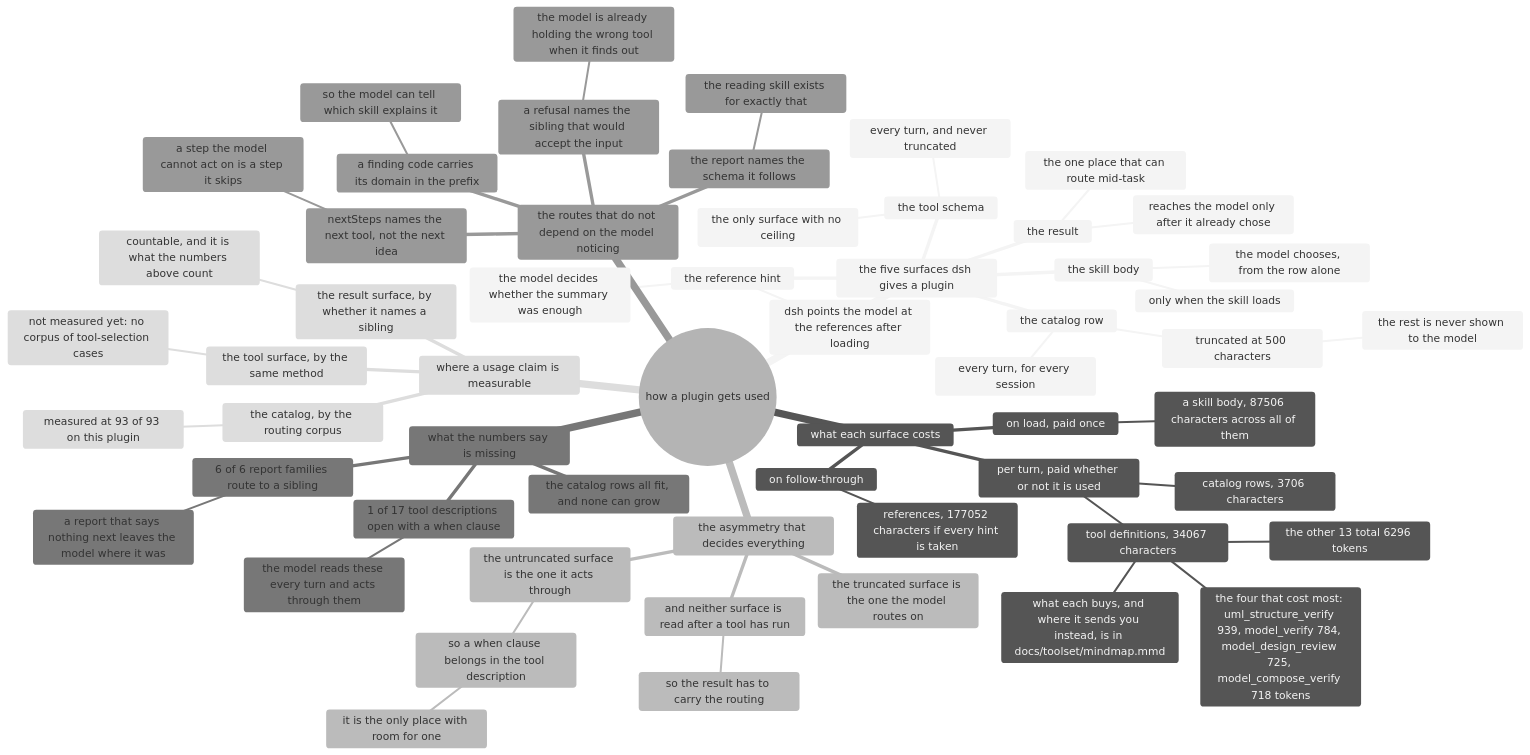
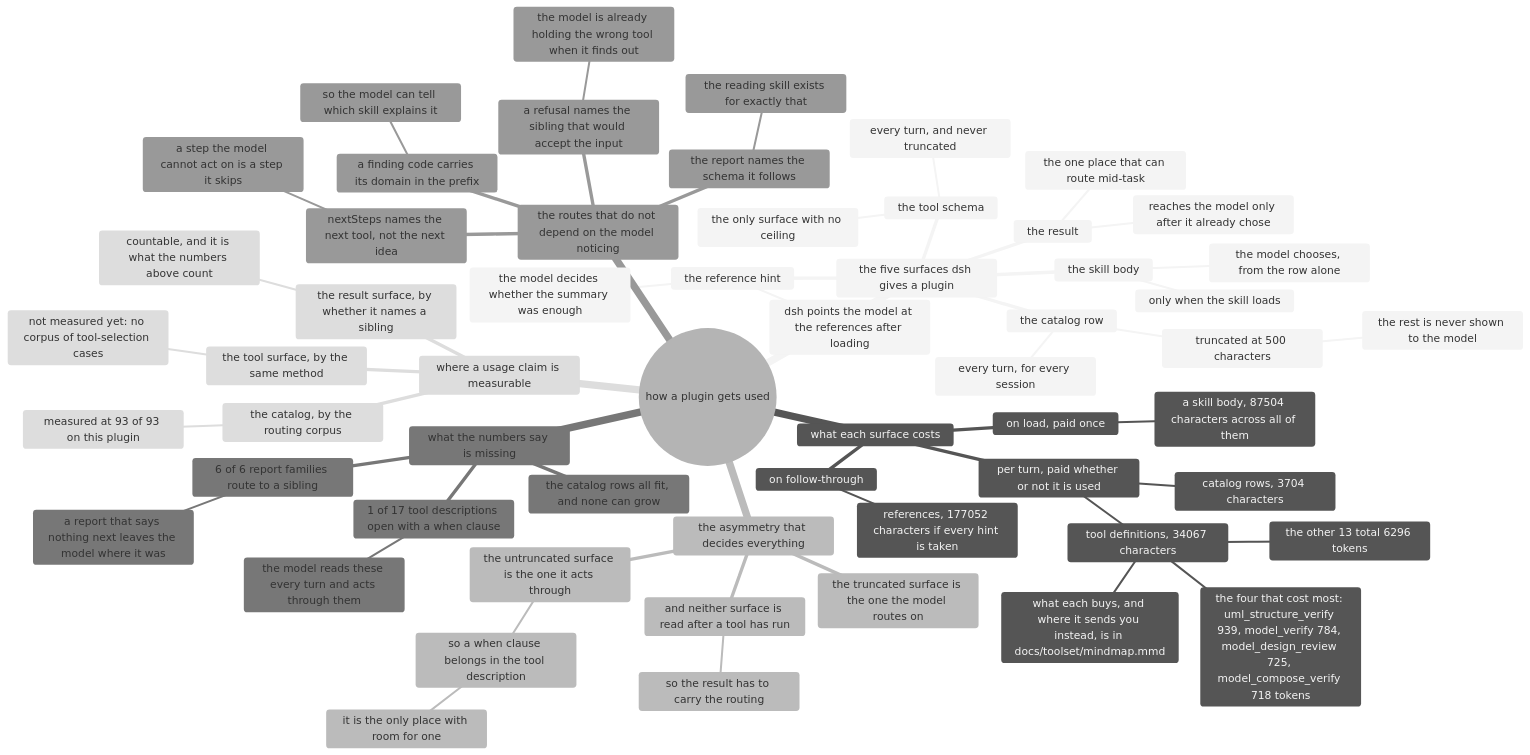
One commit to AmethystLuna/dsh-model-everything changed the diagram in docs/usage/mindmap.mmd. Above: the diagram before and after it, drawn with Mermaid (neutral theme). The commit also changed 8 other files, not shown here.

First line of the commit message:
fix(skills): two skill files were invalid YAML, so dsh ignored them

```diff
--- a/docs/usage/mindmap.mmd
+++ b/docs/usage/mindmap.mmd
@@ -1,59 +1,59 @@
 mindmap
 root((how a plugin gets used))
   the five surfaces dsh gives a plugin
     the catalog row
       every turn, for every session
       truncated at 500 characters
         the rest is never shown to the model
     the skill body
       only when the skill loads
       the model chooses, from the row alone
     the reference hint
       dsh points the model at the references after loading
       the model decides whether the summary was enough
     the tool schema
       every turn, and never truncated
       the only surface with no ceiling
     the result
       reaches the model only after it already chose
       the one place that can route mid-task
   what each surface costs
     per turn, paid whether or not it is used
-      catalog rows, 3706 characters
+      catalog rows, 3704 characters
       tool definitions, 34067 characters
         the four that cost most: uml_structure_verify 939, model_verify 784, model_design_review 725, model_compose_verify 718 tokens
         the other 13 total 6296 tokens
         what each buys, and where it sends you instead, is in docs/toolset/mindmap.mmd
     on load, paid once
-      a skill body, 87506 characters across all of them
+      a skill body, 87504 characters across all of them
     on follow-through
       references, 177052 characters if every hint is taken
   the asymmetry that decides everything
     the truncated surface is the one the model routes on
     the untruncated surface is the one it acts through
       so a when clause belongs in the tool description
         it is the only place with room for one
     and neither surface is read after a tool has run
       so the result has to carry the routing
   what the numbers say is missing
     1 of 17 tool descriptions open with a when clause
       the model reads these every turn and acts through them
     6 of 6 report families route to a sibling
       a report that says nothing next leaves the model where it was
     the catalog rows all fit, and none can grow
   the routes that do not depend on the model noticing
     a refusal names the sibling that would accept the input
       the model is already holding the wrong tool when it finds out
     nextSteps names the next tool, not the next idea
       a step the model cannot act on is a step it skips
     a finding code carries its domain in the prefix
       so the model can tell which skill explains it
     the report names the schema it follows
       the reading skill exists for exactly that
   where a usage claim is measurable
     the catalog, by the routing corpus
       measured at 93 of 93 on this plugin
     the tool surface, by the same method
       not measured yet: no corpus of tool-selection cases
     the result surface, by whether it names a sibling
       countable, and it is what the numbers above count
```
